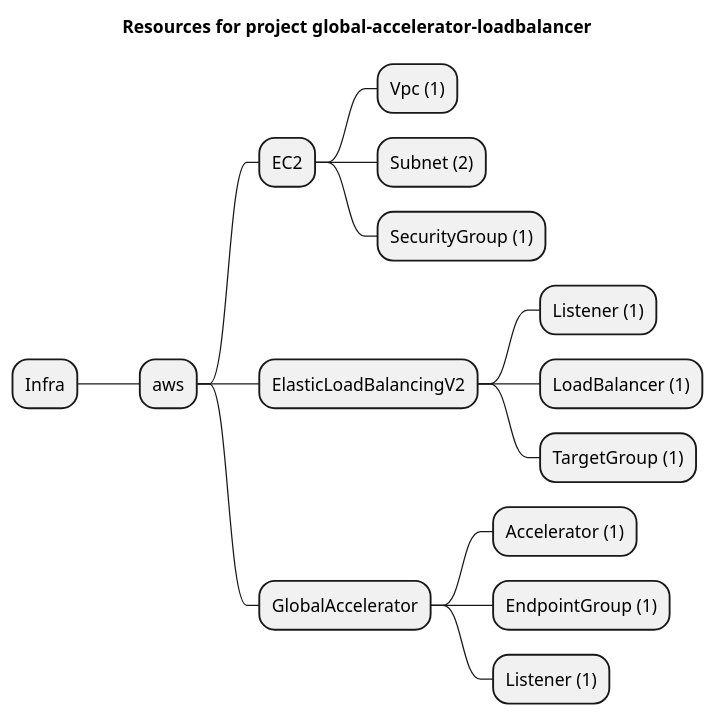
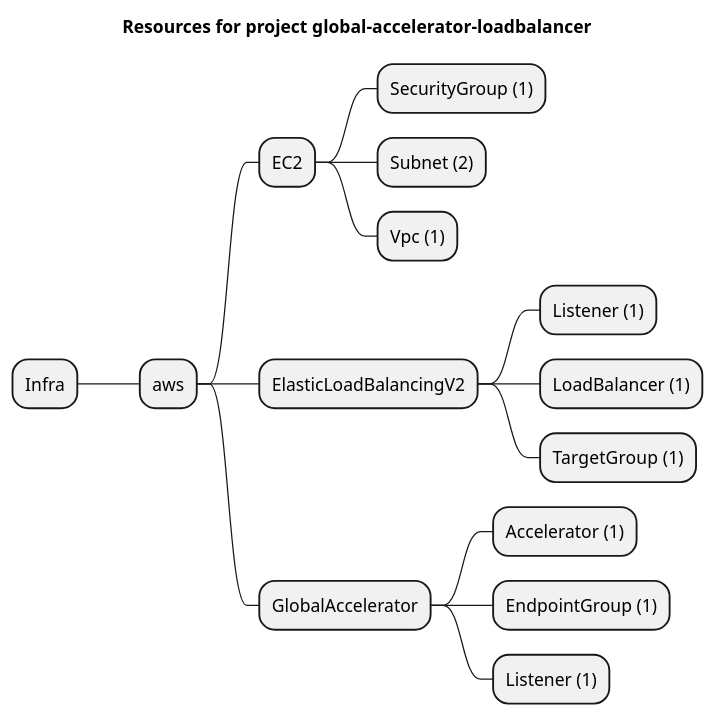
The diagram in examples/aws/GlobalAccelerator/global-accelerator-loadbalancer/artifacts/resources-mindmap.puml (grucloud/grucloud), drawn with PlantUML before and after one commit. The commit also changed other lines of this file and 49 other files, not shown here.

```diff
--- a/examples/aws/GlobalAccelerator/global-accelerator-loadbalancer/artifacts/resources-mindmap.puml
+++ b/examples/aws/GlobalAccelerator/global-accelerator-loadbalancer/artifacts/resources-mindmap.puml
@@ -1,18 +1,18 @@
 @startmindmap
 title Resources for project global-accelerator-loadbalancer
 skinparam monochrome true
 + Infra
 ++ aws
 +++ EC2
+++++ SecurityGroup (1)
+++++ Subnet (2)
 ++++ Vpc (1)
-++++ Subnet (2)
-++++ SecurityGroup (1)
 +++ ElasticLoadBalancingV2
 ++++ Listener (1)
 ++++ LoadBalancer (1)
 ++++ TargetGroup (1)
 +++ GlobalAccelerator
 ++++ Accelerator (1)
 ++++ EndpointGroup (1)
 ++++ Listener (1)
 @endmindmap
```
